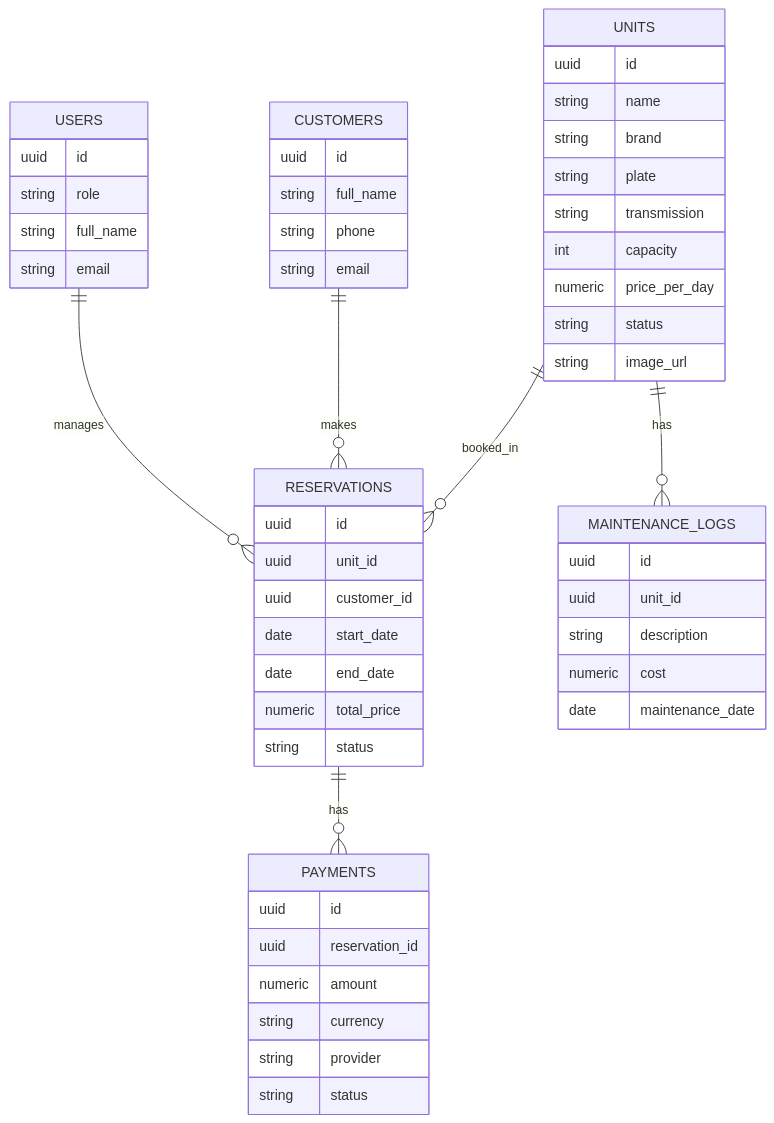
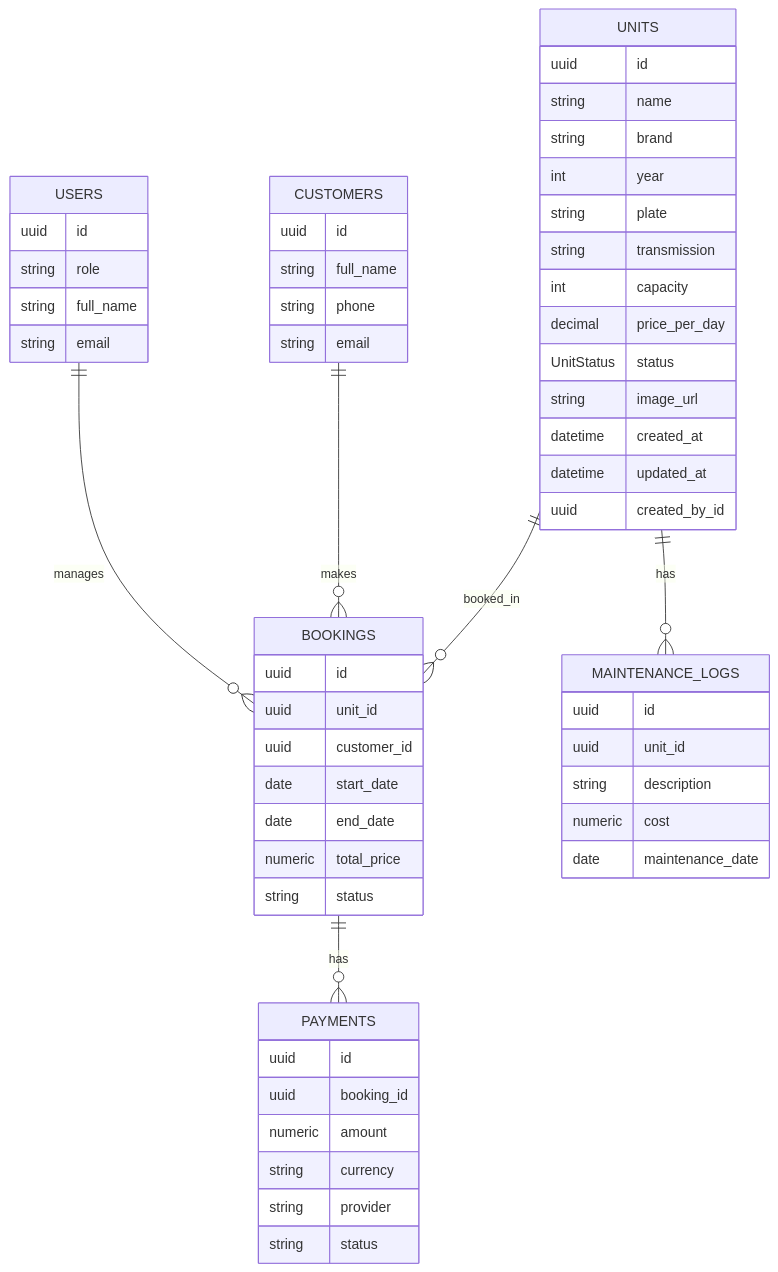
The diagram in DATABASE.md (realSJ30/hub), drawn with Mermaid before and after one commit. The commit also changed other lines of this file, not shown here.

Commit message:
feat: Rename `RESERVATIONS` to `BOOKINGS` and enhance `UNITS` with new fields and refined data types.

````diff
--- a/DATABASE.md
+++ b/DATABASE.md
@@ -7,64 +7,68 @@
 ```mermaid
 erDiagram
-    UNITS ||--o{ RESERVATIONS : booked_in
+    UNITS ||--o{ BOOKINGS : booked_in
     UNITS ||--o{ MAINTENANCE_LOGS : has
 
-    CUSTOMERS ||--o{ RESERVATIONS : makes
+    CUSTOMERS ||--o{ BOOKINGS : makes
 
-    RESERVATIONS ||--o{ PAYMENTS : has
+    BOOKINGS ||--o{ PAYMENTS : has
 
-    USERS ||--o{ RESERVATIONS : manages
+    USERS ||--o{ BOOKINGS : manages
 
     USERS {
       uuid id
       string role
       string full_name
       string email
     }
 
     UNITS {
       uuid id
       string name
       string brand
+      int year
       string plate
       string transmission
       int capacity
-      numeric price_per_day
-      string status
+      decimal price_per_day
+      UnitStatus status
       string image_url
+      datetime created_at
+      datetime updated_at
+      uuid created_by_id
     }
 
     CUSTOMERS {
       uuid id
       string full_name
       string phone
       string email
     }
 
-    RESERVATIONS {
+    BOOKINGS {
       uuid id
       uuid unit_id
       uuid customer_id
       date start_date
       date end_date
       numeric total_price
       string status
     }
 
     PAYMENTS {
       uuid id
-      uuid reservation_id
+      uuid booking_id
       numeric amount
       string currency
       string provider
       string status
     }
 
     MAINTENANCE_LOGS {
       uuid id
       uuid unit_id
       string description
       numeric cost
       date maintenance_date
     }
 ```
````
